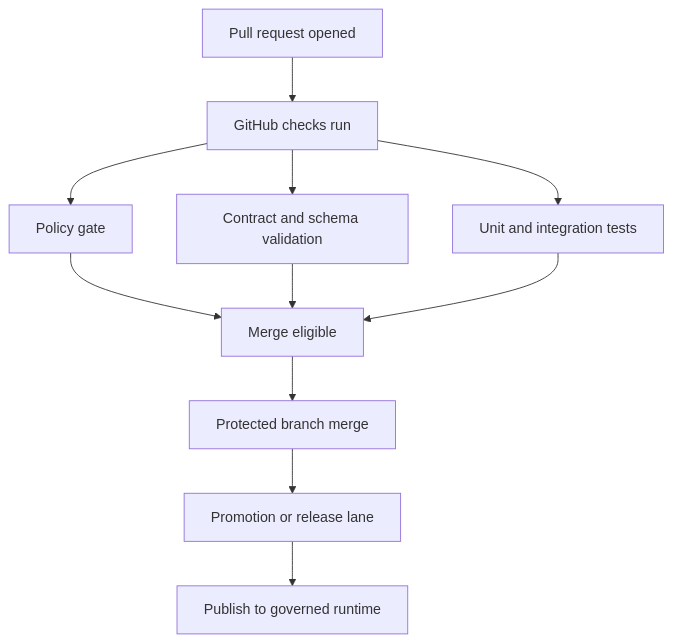
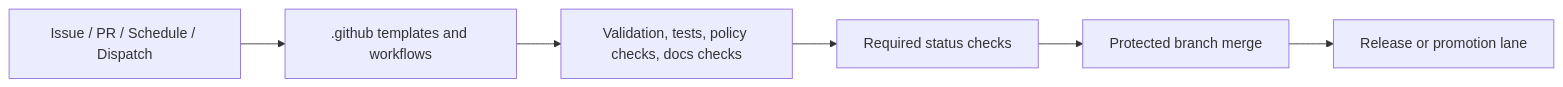
Before and after one commit to bartytime4life/Kansas-Frontier-Matrix: the diagram in .github/README.md, drawn with Mermaid. The commit also changed other lines of this file, not shown here.

````diff
--- a/.github/README.md
+++ b/.github/README.md
@@ -189,13 +60,8 @@
 ```mermaid
-flowchart TD
-  PR[Pull request opened] --> Checks[GitHub checks run]
-  Checks --> Policy[Policy gate]
-  Checks --> Contracts[Contract and schema validation]
-  Checks --> Tests[Unit and integration tests]
-  Policy --> Ready[Merge eligible]
-  Contracts --> Ready
-  Tests --> Ready
-  Ready --> Merge[Protected branch merge]
-  Merge --> Promote[Promotion or release lane]
-  Promote --> Publish[Publish to governed runtime]
+flowchart LR
+  A[Issue / PR / Schedule / Dispatch] --> B[.github templates and workflows]
+  B --> C[Validation, tests, policy checks, docs checks]
+  C --> D[Required status checks]
+  D --> E[Protected branch merge]
+  E --> F[Release or promotion lane]
 ```
````
